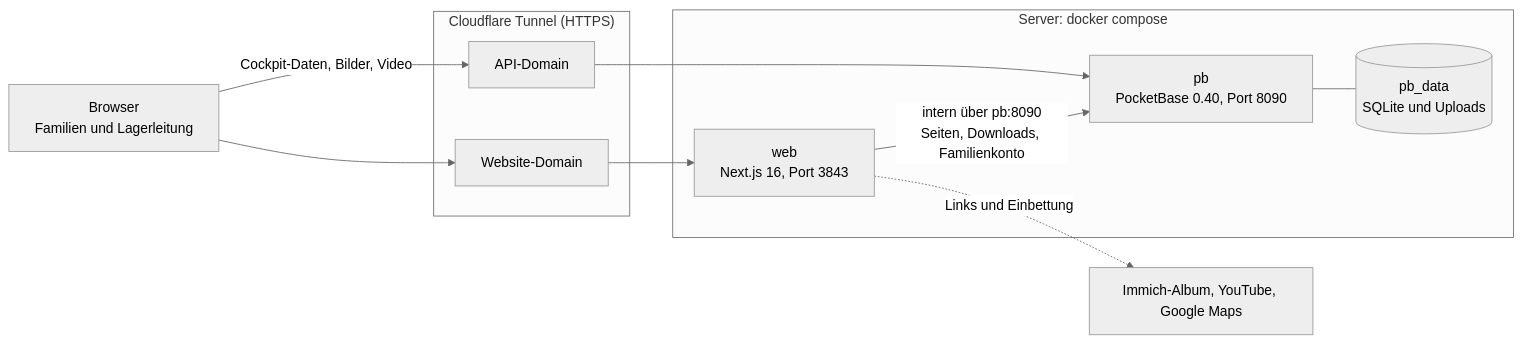
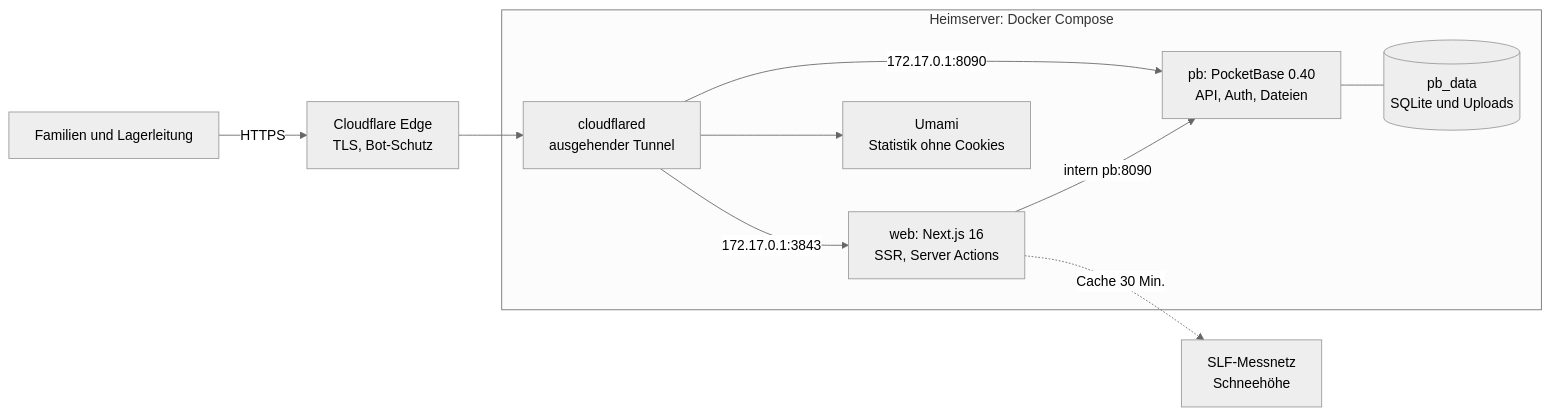
One commit to marcstae/fitundfun-webseite changed the first of 2 diagrams in README.md. Above: the diagram before and after it, drawn with Mermaid (neutral theme). The commit also changed other lines of this file and 3 other files, not shown here.

````diff
--- a/README.md
+++ b/README.md
@@ -7,19 +42,13 @@
 ```mermaid
 flowchart LR
-  B["Browser<br/>Familien und Lagerleitung"]
-  subgraph RP["Cloudflare Tunnel (HTTPS)"]
-    D1["Website-Domain"]
-    D2["API-Domain"]
+  U["Familien und Lagerleitung"] -->|HTTPS| CF["Cloudflare Edge<br/>TLS, Bot-Schutz"]
+  CF --> T["cloudflared<br/>ausgehender Tunnel"]
+  subgraph H["Heimserver: Docker Compose"]
+    T -->|"172.17.0.1:3843"| W["web: Next.js 16<br/>SSR, Server Actions"]
+    T -->|"172.17.0.1:8090"| P["pb: PocketBase 0.40<br/>API, Auth, Dateien"]
+    W -->|"intern pb:8090"| P
+    P --- D[("pb_data<br/>SQLite und Uploads")]
+    T --> M["Umami<br/>Statistik ohne Cookies"]
   end
-  subgraph S["Server: docker compose"]
-    W["web<br/>Next.js 16, Port 3843"]
-    PB["pb<br/>PocketBase 0.40, Port 8090"]
-    V[("pb_data<br/>SQLite und Uploads")]
-  end
-  X["Immich-Album, YouTube, Google Maps"]
-  B --> D1 --> W
-  B -- "Cockpit-Daten, Bilder, Video" --> D2 --> PB
-  W -- "intern über pb:8090<br/>Seiten, Downloads, Familienkonto" --> PB
-  PB --- V
-  W -. "Links und Einbettung" .-> X
+  W -.->|"Cache 30 Min."| S["SLF-Messnetz<br/>Schneehöhe"]
 ```
````
